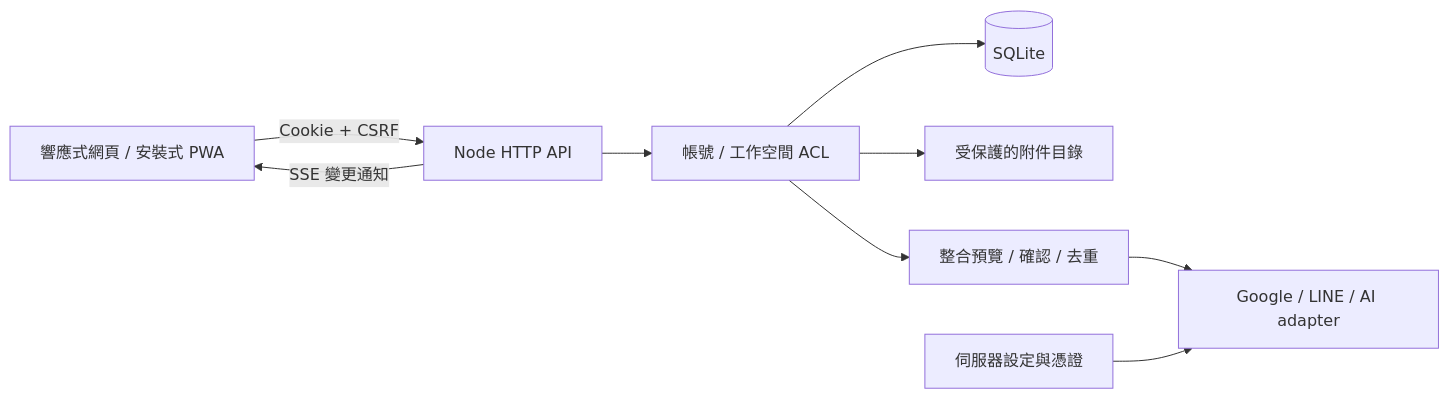
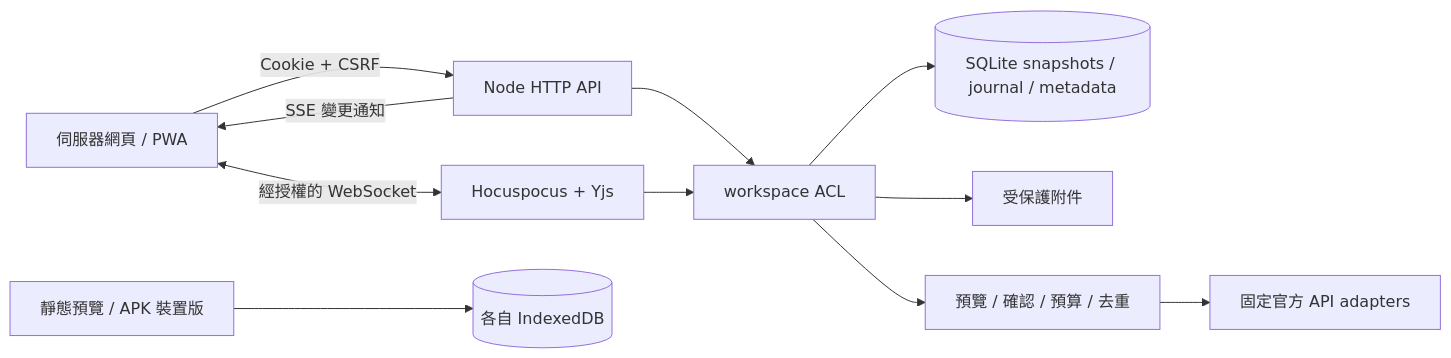
The diagram in docs/ARCHITECTURE.md (tonykfr1234/lucky-note), drawn with Mermaid before and after one commit. The commit also changed other lines of this file and 109 other files, not shown here.

````diff
--- a/docs/ARCHITECTURE.md
+++ b/docs/ARCHITECTURE.md
@@ -7,11 +13,13 @@
 ```mermaid
 flowchart LR
-  B[響應式網頁 / 安裝式 PWA] -->|Cookie + CSRF| H[Node HTTP API]
-  H --> A[帳號 / 工作空間 ACL]
-  A --> D[(SQLite)]
-  A --> F[受保護的附件目錄]
+  B[伺服器網頁 / PWA] -->|Cookie + CSRF| H[Node HTTP API]
+  B <-->|經授權的 WebSocket| C[Hocuspocus + Yjs]
+  H --> A[workspace ACL]
+  C --> A
+  A --> D[(SQLite snapshots / journal / metadata)]
+  A --> F[受保護附件]
   H -->|SSE 變更通知| B
-  A --> P[整合預覽 / 確認 / 去重]
-  P --> G[Google / LINE / AI adapter]
-  E[伺服器設定與憑證] --> G
+  A --> P[預覽 / 確認 / 預算 / 去重]
+  P --> G[固定官方 API adapters]
+  L[靜態預覽 / APK 裝置版] --> I[(各自 IndexedDB)]
 ```
````
